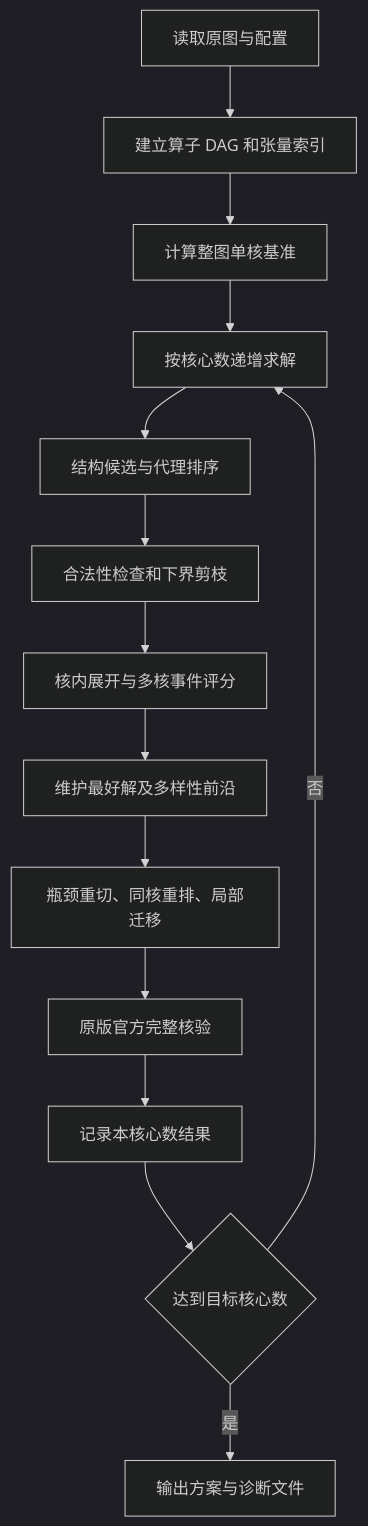
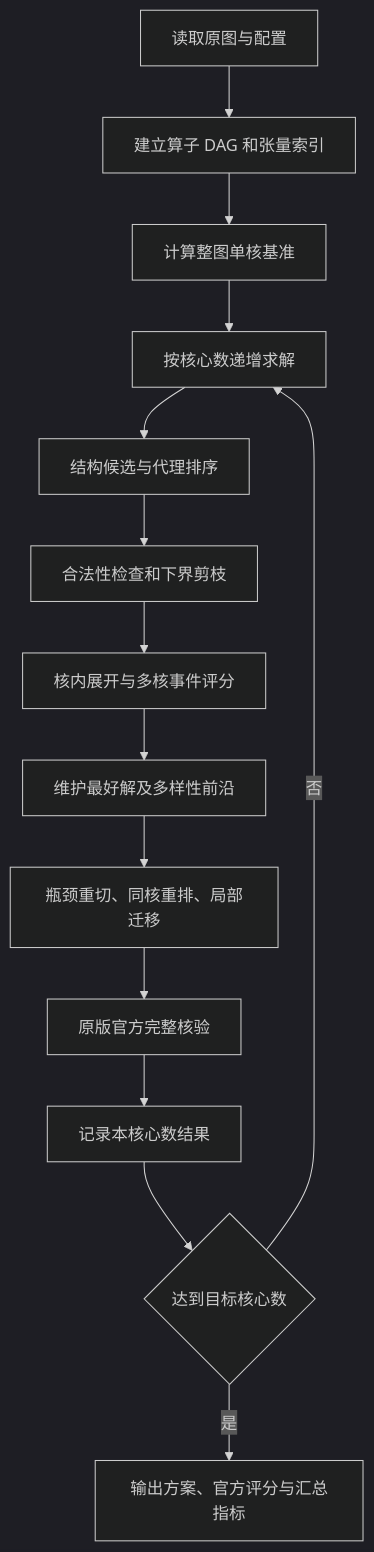
Before and after one commit to HHY-Note/Math-M: the diagram in code/Problem2/README.md, drawn with Mermaid (dark theme). The commit also changed other lines of this file and 10 other files, not shown here.

````diff
--- a/code/Problem2/README.md
+++ b/code/Problem2/README.md
@@ -983,16 +983,16 @@
 ```mermaid
 flowchart TD
     A[读取原图与配置] --> B[建立算子 DAG 和张量索引]
     B --> C[计算整图单核基准]
     C --> D[按核心数递增求解]
     D --> E[结构候选与代理排序]
     E --> F[合法性检查和下界剪枝]
     F --> G[核内展开与多核事件评分]
     G --> H[维护最好解及多样性前沿]
     H --> I[瓶颈重切、同核重排、局部迁移]
     I --> J[原版官方完整核验]
     J --> K[记录本核心数结果]
     K --> L{达到目标核心数}
     L -->|否| D
-    L -->|是| M[输出方案与诊断文件]
+    L -->|是| M[输出方案、官方评分与汇总指标]
 ```
````
